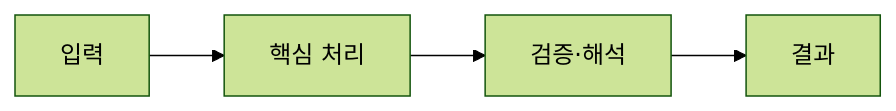
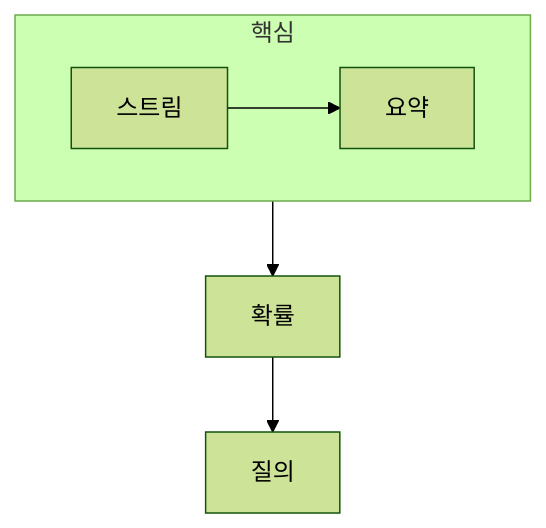
Before and after one commit to umyunsang/edu: the diagram in ComputerScience/03_ai-ml-data/big-data-analysis/notes/07. 스트리밍 알고리즘.md, drawn with Mermaid (forest theme). The commit also changed other lines of this file and 9 other files, not shown here.

````diff
--- a/ComputerScience/03_ai-ml-data/big-data-analysis/notes/07. 스트리밍 알고리즘.md
+++ b/ComputerScience/03_ai-ml-data/big-data-analysis/notes/07. 스트리밍 알고리즘.md
@@ -34,6 +21,9 @@
 ```mermaid
-flowchart LR
-    A["입력"] --> B["핵심 처리"]
-    B --> C["검증·해석"]
-    C --> D["결과"]
+flowchart TB
+    subgraph Core[핵심]
+        direction LR
+        A[스트림] --> B[요약]
+    end
+    B --> C[확률]
+    C --> D[질의]
 ```
````
